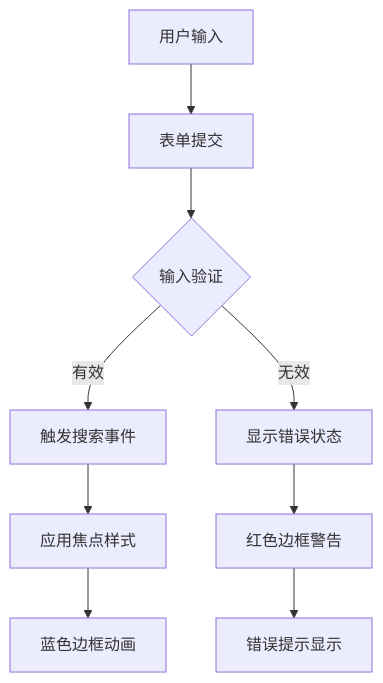
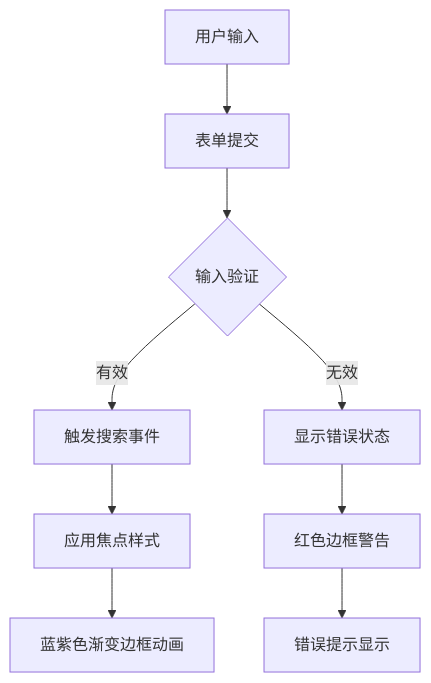
One commit to zuozuoliu740-cmd/xianxiong-news changed the sixth of 9 diagrams in .qoder/repowiki/zh/content/样式和主题系统.md. Above: the diagram before and after it, drawn with Mermaid. The commit also changed other lines of this file and 11 other files, not shown here.

````diff
--- a/.qoder/repowiki/zh/content/样式和主题系统.md
+++ b/.qoder/repowiki/zh/content/样式和主题系统.md
@@ -232,11 +268,11 @@
 ```mermaid
 flowchart TD
 A[用户输入] --> B[表单提交]
 B --> C{输入验证}
 C --> |有效| D[触发搜索事件]
 C --> |无效| E[显示错误状态]
 D --> F[应用焦点样式]
-F --> G[蓝色边框动画]
+F --> G[蓝紫色渐变边框动画]
 E --> H[红色边框警告]
 H --> I[错误提示显示]
 ```
````
